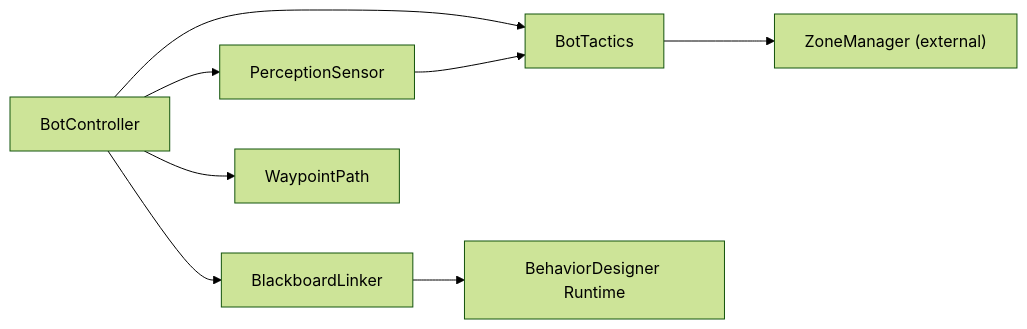
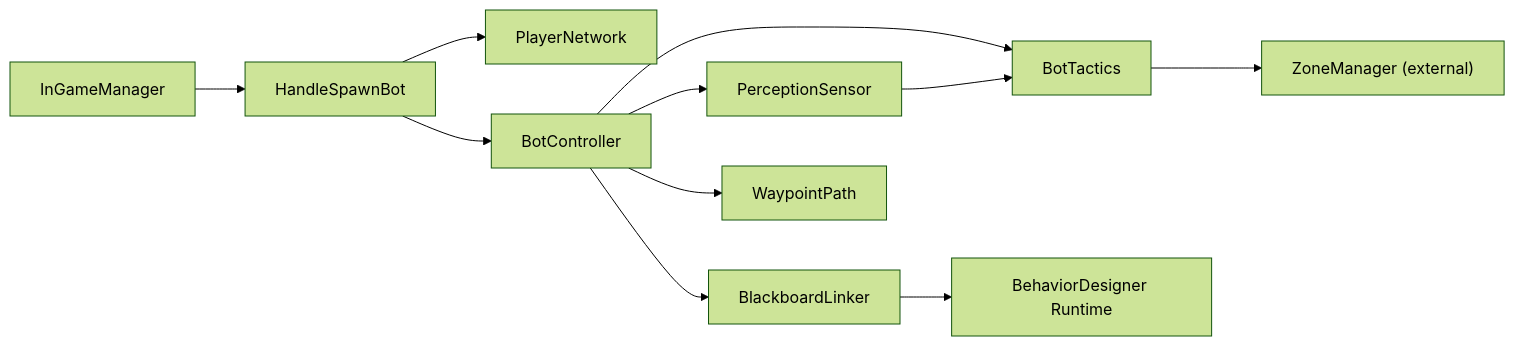
The ninth of 9 diagrams in .qoder/repowiki/en/content/AI Bot System/AI Bot System.md (kandeng/openclaw_battle_game), drawn with Mermaid (forest theme) before and after one commit. The commit also changed other lines of this file and 20 other files, not shown here.

````diff
--- a/.qoder/repowiki/en/content/AI Bot System/AI Bot System.md
+++ b/.qoder/repowiki/en/content/AI Bot System/AI Bot System.md
@@ -350,10 +428,13 @@
 ```mermaid
 graph LR
+InGameManager --> HandleSpawnBot
+HandleSpawnBot --> PlayerNetwork
+HandleSpawnBot --> BotController
 BotController --> PerceptionSensor
 BotController --> BlackboardLinker
 BotController --> BotTactics
 BotController --> WaypointPath
 BlackboardLinker --> BehaviorDesigner_Runtime["BehaviorDesigner Runtime"]
 PerceptionSensor --> BotTactics
 BotTactics --> ZoneManager["ZoneManager (external)"]
 ```
````
